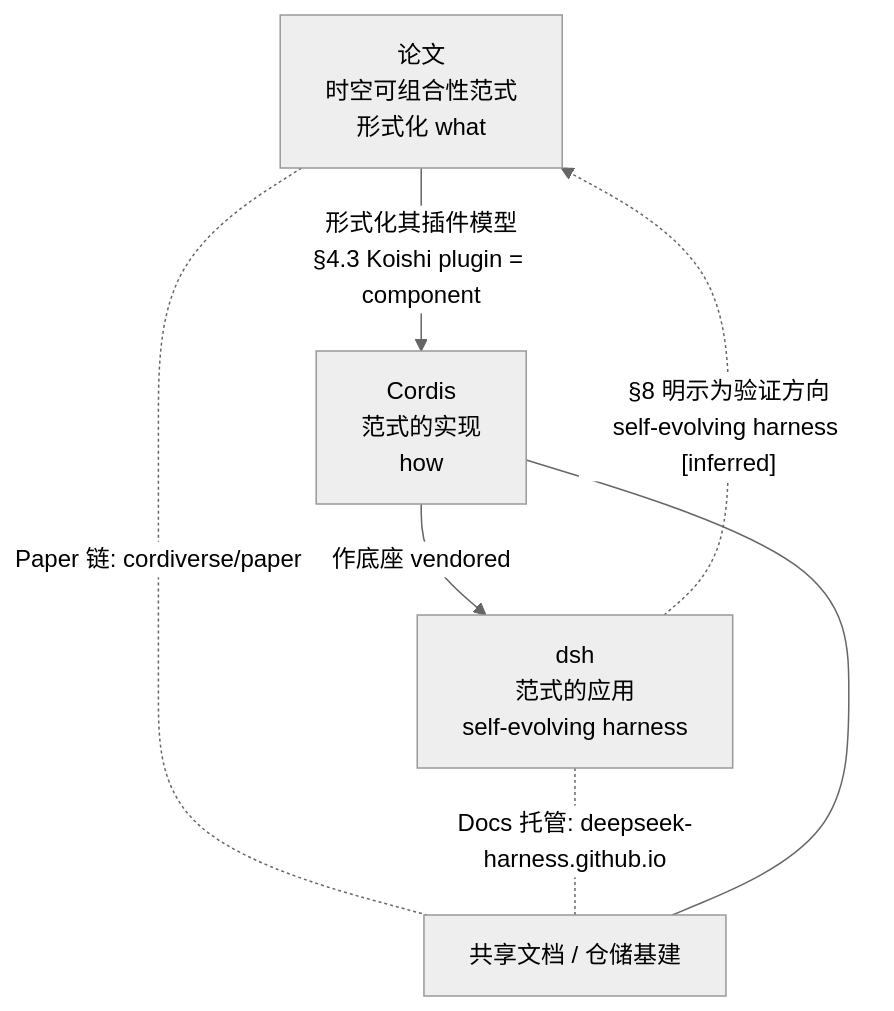
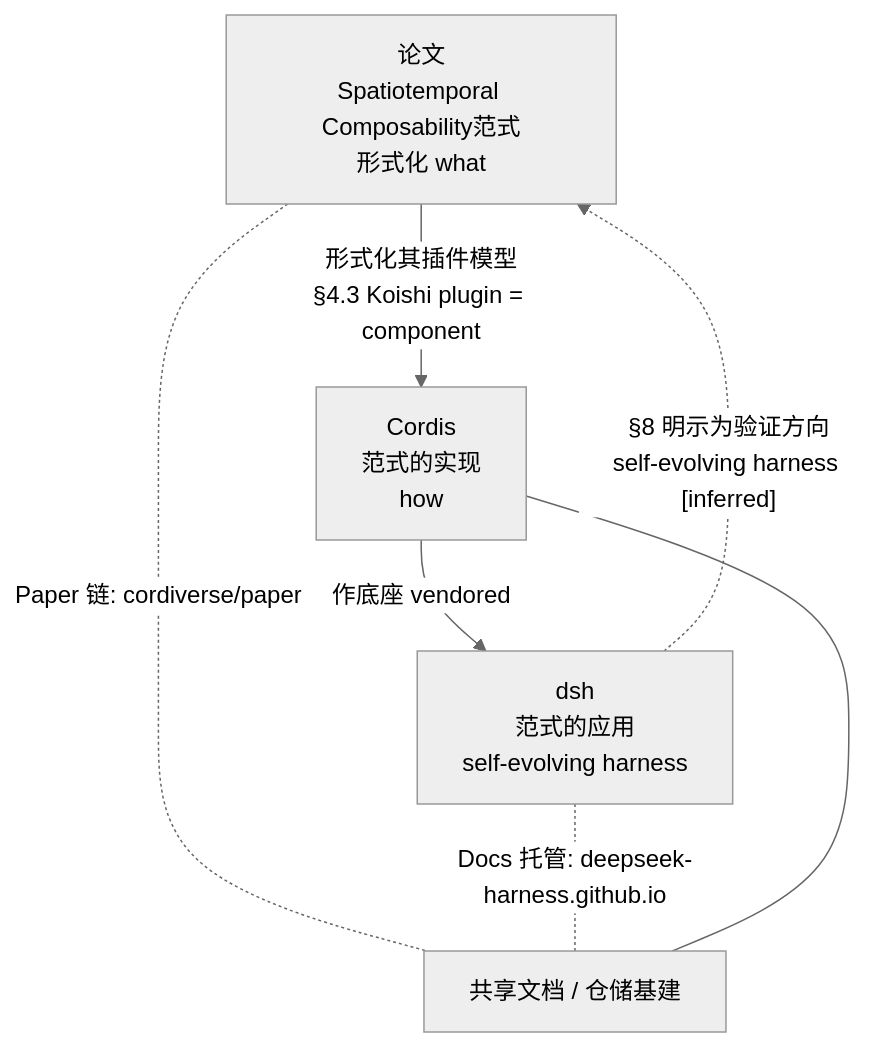
Before and after one commit to xiaonancs/deepseek-harness-deep-dive: the fourth of 4 diagrams in Part V Cordis Deep Dive/29-Cordis-Koishi-dsh关系.md, drawn with Mermaid. The commit also changed other lines of this file and 23 other files, not shown here.

````diff
--- a/Part V Cordis Deep Dive/29-Cordis-Koishi-dsh关系.md
+++ b/Part V Cordis Deep Dive/29-Cordis-Koishi-dsh关系.md
@@ -142,13 +142,13 @@
 ```mermaid
 %%{init: {'theme':'neutral'}}%%
 flowchart TB
-  PAPER["论文<br/>时空可组合性范式<br/>形式化 what"]
+  PAPER["论文<br/>Spatiotemporal Composability范式<br/>形式化 what"]
   CORDIS["Cordis<br/>范式的实现<br/>how"]
   DSH["dsh<br/>范式的应用<br/>self-evolving harness"]
   PAPER -- "形式化其插件模型<br/>§4.3 Koishi plugin = component" --> CORDIS
   CORDIS -- "作底座 vendored" --> DSH
   DSH -. "§8 明示为验证方向<br/>self-evolving harness [inferred]" .-> PAPER
   PAPER -. "Paper 链: cordiverse/paper" .- HOST
   DSH -. "Docs 托管: deepseek-harness.github.io" .- HOST["共享文档 / 仓储基建"]
   CORDIS --- HOST
 ```
````
